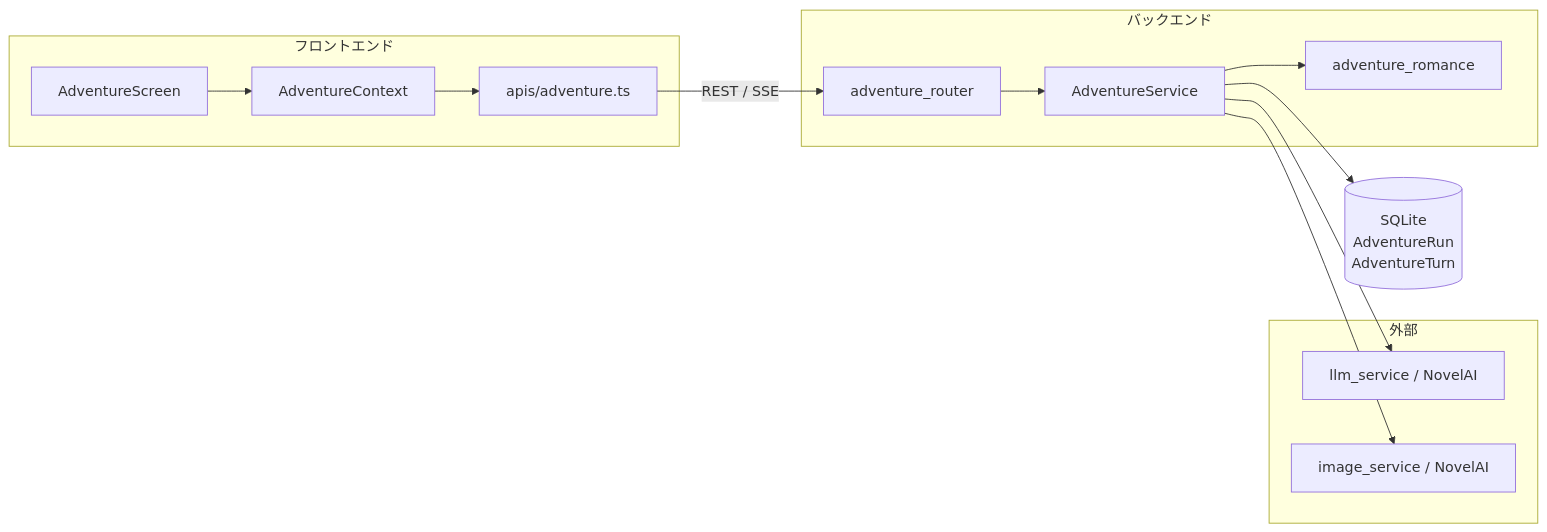
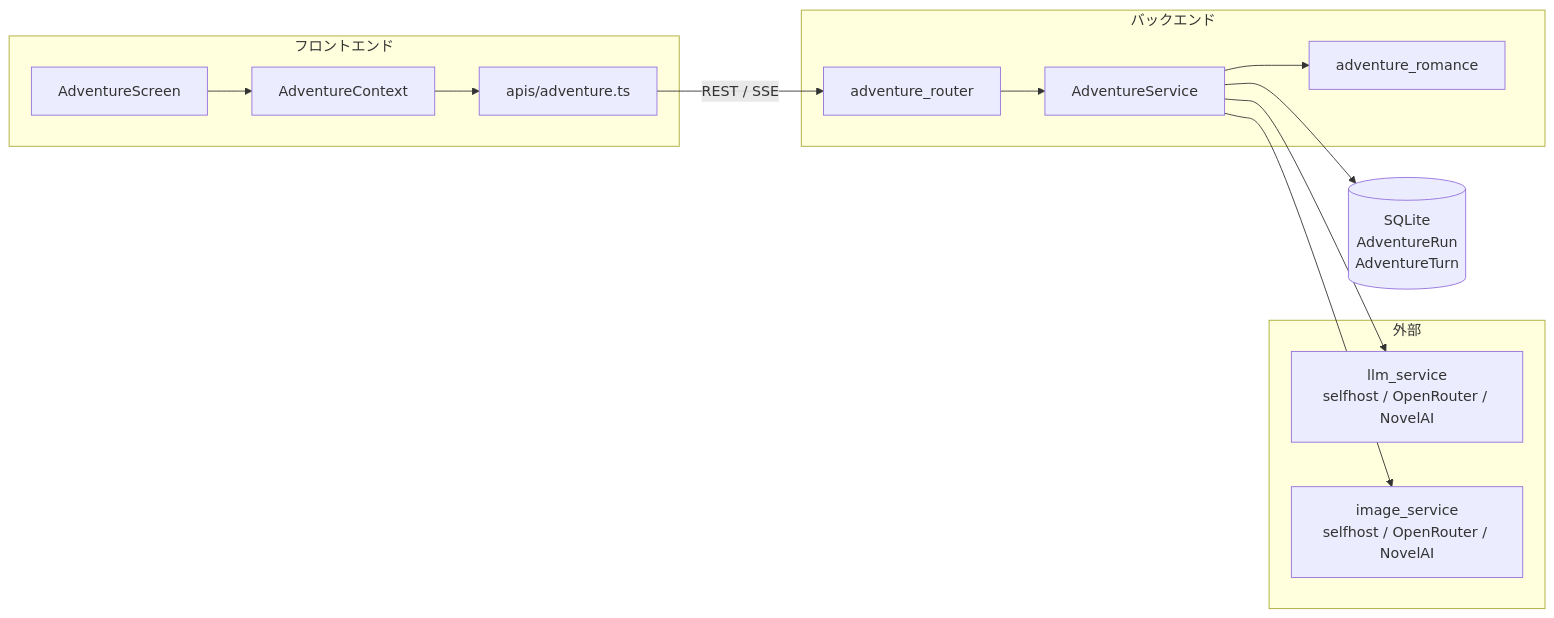
One commit to grind-hash/tsf_closet changed the first of 5 diagrams in docs/adventure-flow.md. Above: the diagram before and after it, drawn with Mermaid. The commit also changed other lines of this file and 14 other files, not shown here.

````diff
--- a/docs/adventure-flow.md
+++ b/docs/adventure-flow.md
@@ -17,24 +17,24 @@
 ```mermaid
 flowchart LR
     subgraph FE[フロントエンド]
         Screen[AdventureScreen]
         Ctx[AdventureContext]
         Api[apis/adventure.ts]
     end
     subgraph BE[バックエンド]
         Router[adventure_router]
         Svc[AdventureService]
         Romance[adventure_romance]
     end
     subgraph EXT[外部]
-        LLM[llm_service / NovelAI]
-        Img[image_service / NovelAI]
+        LLM[llm_service<br/>selfhost / OpenRouter / NovelAI]
+        Img[image_service<br/>selfhost / OpenRouter / NovelAI]
     end
     DB[(SQLite<br/>AdventureRun<br/>AdventureTurn)]
 
     Screen --> Ctx --> Api -->|REST / SSE| Router --> Svc
     Svc --> Romance
     Svc --> LLM
     Svc --> Img
     Svc --> DB
 ```
````
